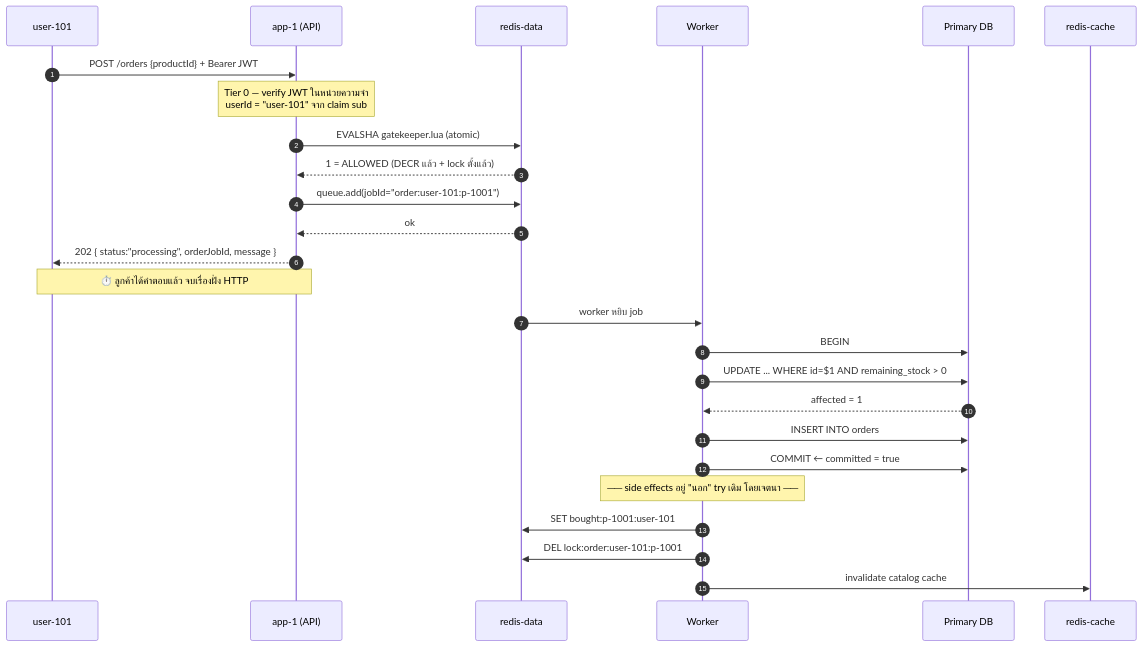
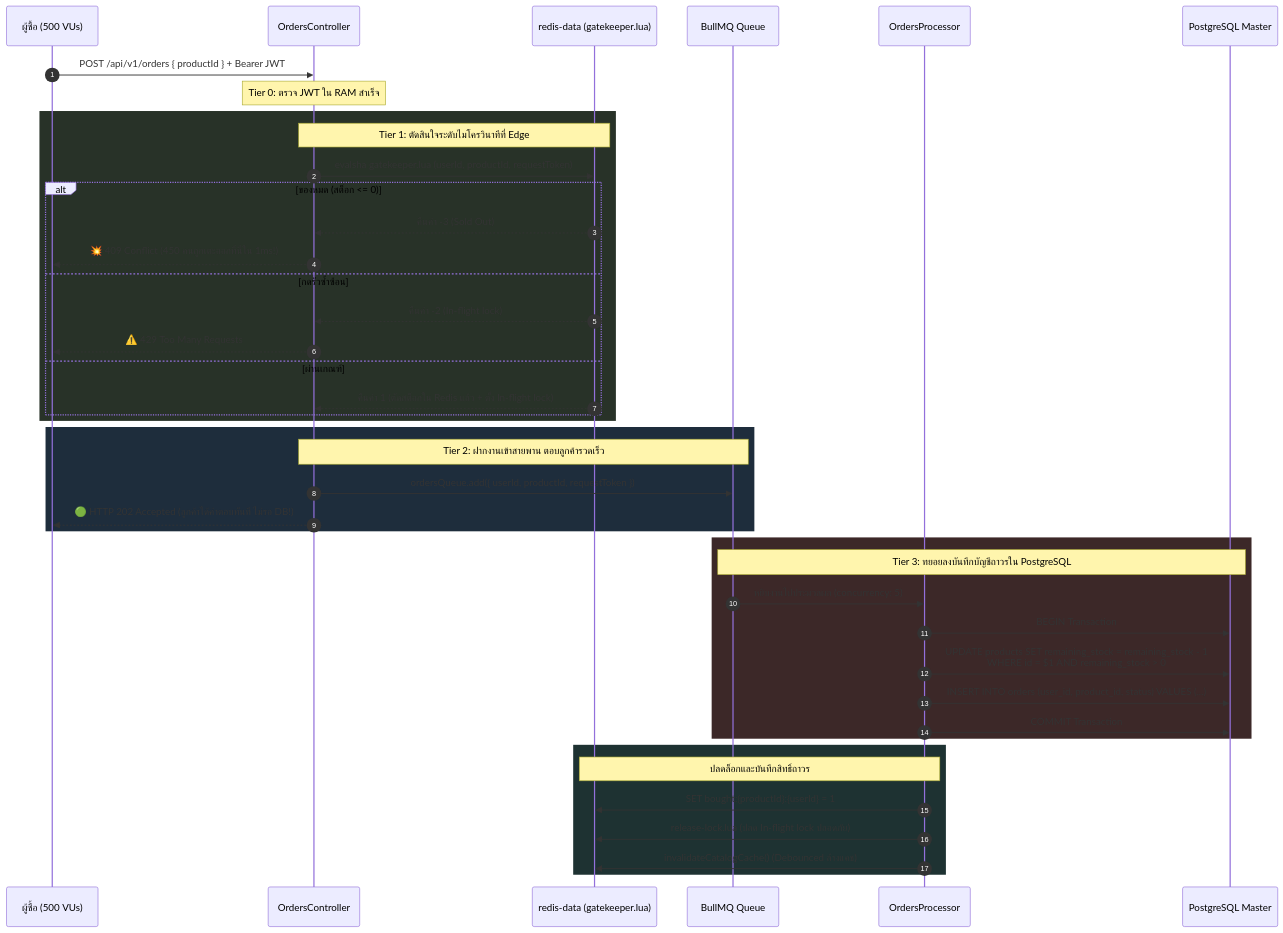
The fourth of 6 diagrams in docs/Architecture/architecture-primer.md (tophbeifong123/mini-project-backend-mobile), drawn with Mermaid before and after one commit. The commit also changed other lines of this file and 3 other files, not shown here.

First line of the commit message:
docs(architecture): add primer and deep dive concurrency locking and cache invalidation

````diff
--- a/docs/Architecture/architecture-primer.md
+++ b/docs/Architecture/architecture-primer.md
@@ -608,31 +446,49 @@
 ```mermaid
 sequenceDiagram
     autonumber
-    participant U as user-101
-    participant A as app-1 (API)
-    participant RD as redis-data
-    participant W as Worker
-    participant P as Primary DB
-    participant RC as redis-cache
+    participant Buyer as ผู้ซื้อ (500 VUs)
+    participant API as OrdersController
+    participant Lua as redis-data (gatekeeper.lua)
+    participant Queue as BullMQ Queue
+    participant Worker as OrdersProcessor
+    participant DB as PostgreSQL Master
 
-    U->>A: POST /orders {productId} + Bearer JWT
-    Note over A: Tier 0 — verify JWT ในหน่วยความจำ<br/>userId = "user-101" จาก claim sub
-    A->>RD: EVALSHA gatekeeper.lua (atomic)
-    RD-->>A: 1 = ALLOWED (DECR แล้ว + lock ตั้งแล้ว)
-    A->>RD: queue.add(jobId="order:user-101:p-1001")
-    RD-->>A: ok
-    A-->>U: 202 { status:"processing", orderJobId, message }
+    Buyer->>API: POST /api/v1/orders { productId } + Bearer JWT
+    Note over API: Tier 0: ตรวจ JWT ใน RAM สำเร็จ
 
-    Note over U,A: ⏱️ ลูกค้าได้คำตอบแล้ว จบเรื่องฝั่ง HTTP
+    rect rgb(40, 50, 40)
+    Note over API,Lua: Tier 1: ตัดสินใจระดับไมโครวินาทีที่ Edge
+    API->>Lua: evalsha gatekeeper.lua (userId, productId, requestToken)
+    alt ของหมด (สต็อก <= 0)
+        Lua-->>API: คืนค่า -3 (Sold Out)
+        API-->>Buyer: 💥 409 Conflict (450 คนถูกเตะออกที่นี่ใน 1ms!)
+    else กดรัวซ้ำซ้อน
+        Lua-->>API: คืนค่า -2 (In-flight lock)
+        API-->>Buyer: ⚠️ 429 Too Many Requests
+    else ผ่านเกณฑ์
+        Lua-->>API: คืนค่า 1 (ตัดสต็อกใน Redis แล้ว + ตั้ง In-flight lock)
+    end
+    end
 
-    RD->>W: worker หยิบ job
-    W->>P: BEGIN
-    W->>P: UPDATE ... WHERE id=$1 AND remaining_stock > 0
-    P-->>W: affected = 1
-    W->>P: INSERT INTO orders
-    W->>P: COMMIT  ← committed = true
-    Note over W: ── side effects อยู่ "นอก" try เดิม โดยเจตนา ──
-    W->>RD: SET bought:p-1001:user-101
-    W->>RD: DEL lock:order:user-101:p-1001
-    W->>RC: invalidate catalog cache
+    rect rgb(30, 45, 60)
+    Note over API,Queue: Tier 2: ฝากงานเข้าสายพาน ตอบลูกค้ารวดเร็ว
+    API->>Queue: ordersQueue.add({ userId, productId, requestToken })
+    API-->>Buyer: 🟢 HTTP 202 Accepted (ลูกค้าได้คำตอบทันที ไม่รอ DB!)
+    end
+
+    rect rgb(60, 40, 40)
+    Note over Queue,DB: Tier 3: ทยอยลงบันทึกบัญชีถาวรใน PostgreSQL
+    Queue->>Worker: หยิบงานไปประมวลผล (concurrency: 5)
+    Worker->>DB: BEGIN Transaction
+    Worker->>DB: UPDATE products SET remaining_stock = remaining_stock - 1<br/>WHERE id = $1 AND remaining_stock > 0
+    Worker->>DB: INSERT INTO orders (user_id, product_id, status) VALUES (...)
+    Worker->>DB: COMMIT Transaction
+    end
+
+    rect rgb(30, 50, 50)
+    Note over Worker,Lua: ปลดล็อกและบันทึกสิทธิ์ถาวร
+    Worker->>Lua: SET bought:{productId}:{userId} = 1
+    Worker->>Lua: release-lock.lua (ปลด In-flight lock ปลอดภัย)
+    Worker->>Lua: invalidateCatalogCache() (Debounced ล้างแคช)
+    end
 ```
````
